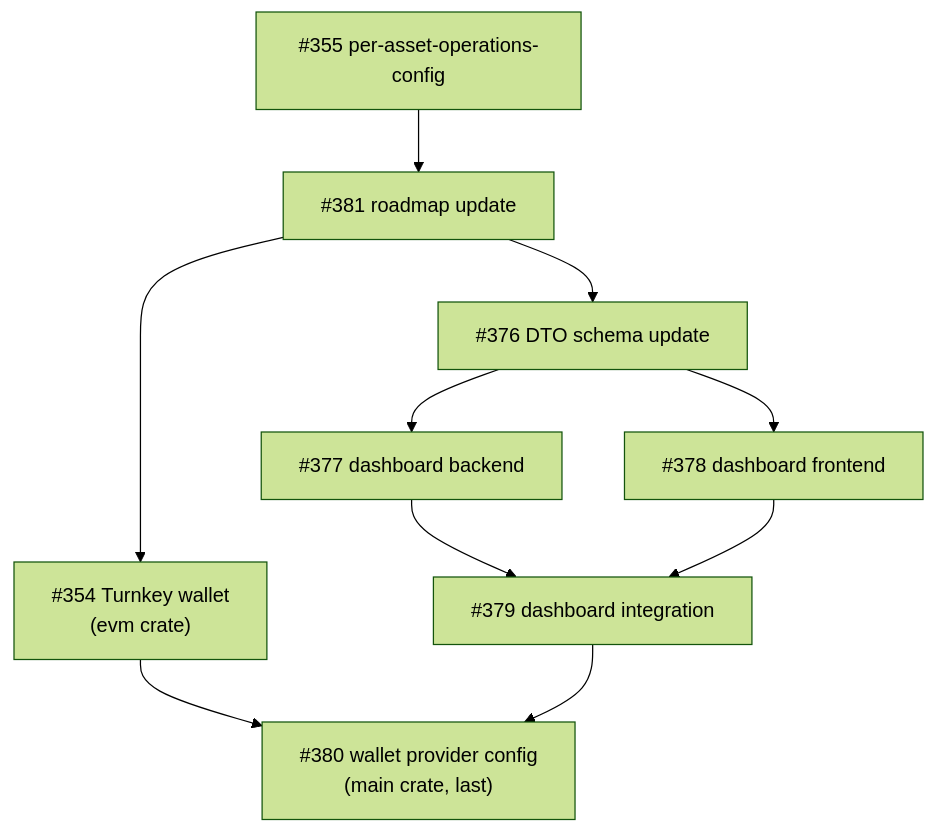
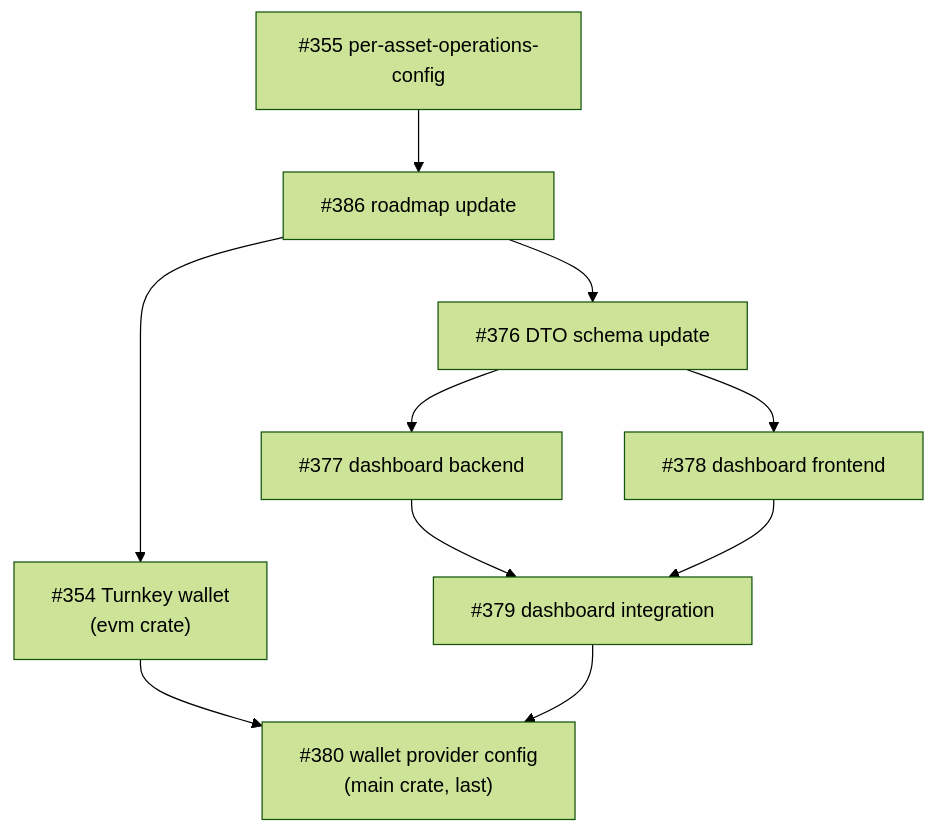
The diagram in ROADMAP.md (ST0x-Technology/st0x.liquidity), drawn with Mermaid (forest theme) before and after one commit.

Commit message:
update roadmap: link PR #386 (replaces #381)

````diff
--- a/ROADMAP.md
+++ b/ROADMAP.md
@@ -11,12 +11,12 @@
 ```mermaid
 graph TD
-    A["#355 per-asset-operations-config"] --> B["#381 roadmap update"]
+    A["#355 per-asset-operations-config"] --> B["#386 roadmap update"]
     B --> C["#354 Turnkey wallet<br/>(evm crate)"]
     B --> D["#376 DTO schema update"]
     D --> F["#377 dashboard backend"]
     D --> G["#378 dashboard frontend"]
     F --> H["#379 dashboard integration"]
     G --> H
     C --> E["#380 wallet provider config<br/>(main crate, last)"]
     H --> E
 ```
````
